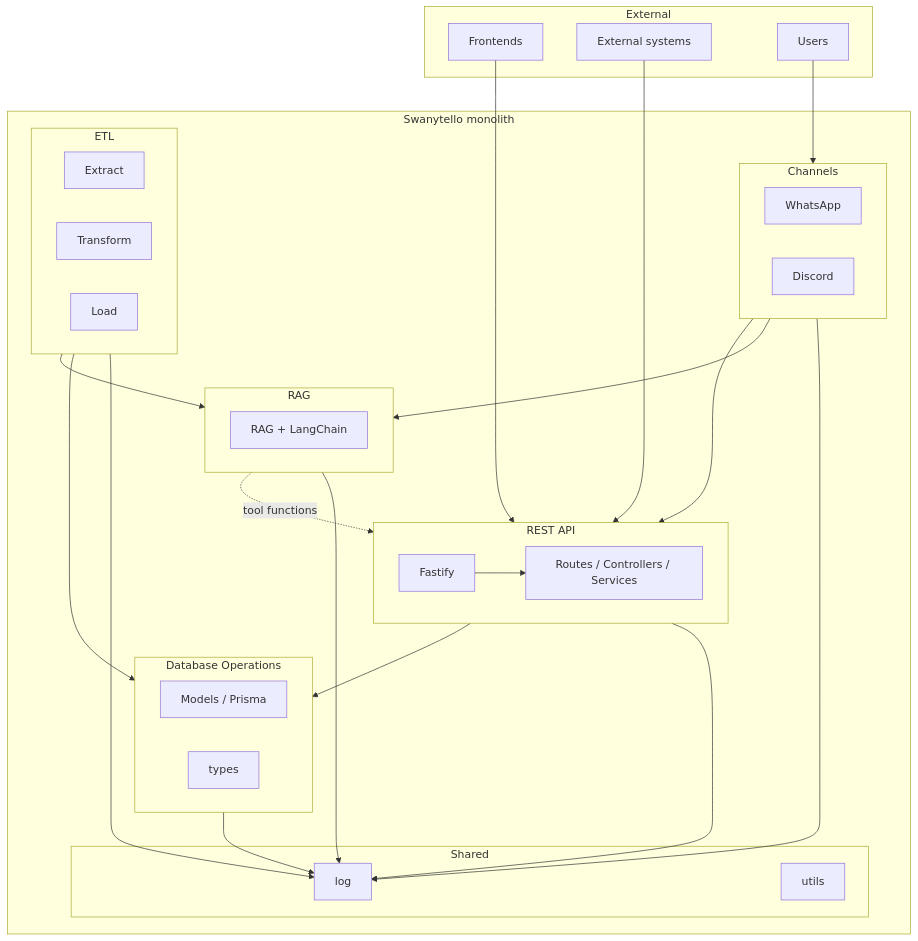
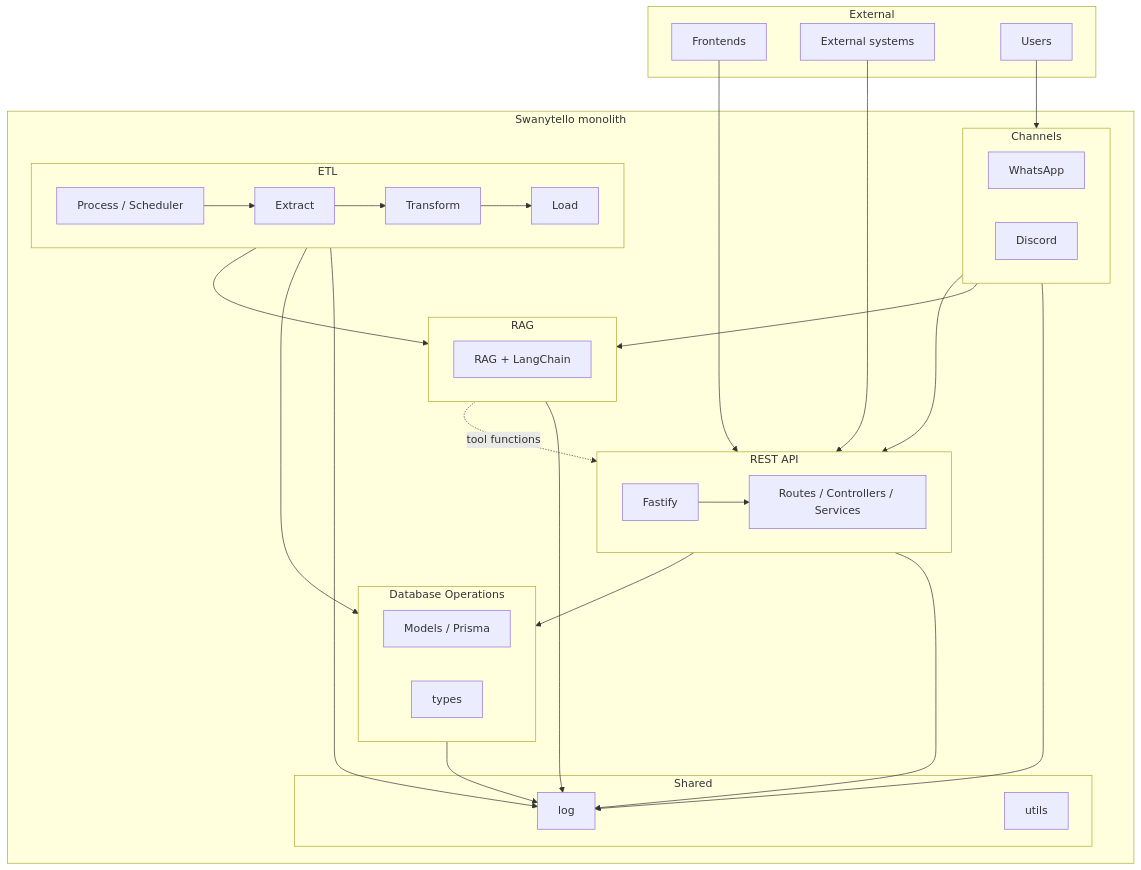
Before and after one commit to sorocode-comunidade/swanytello: the first of 6 diagrams in docs/project_structure/project-structure.md, drawn with Mermaid. The commit also changed other lines of this file and 24 other files, not shown here.

````diff
--- a/docs/project_structure/project-structure.md
+++ b/docs/project_structure/project-structure.md
@@ -13,57 +13,60 @@
 ```mermaid
 flowchart TB
   subgraph external [External]
     Frontends[Frontends]
     Systems[External systems]
     Users[Users]
   end
 
   subgraph monolith [Swanytello monolith]
     subgraph api [REST API]
       Fastify[Fastify]
       Routes[Routes / Controllers / Services]
       Fastify --> Routes
     end
 
     subgraph rag [RAG]
       RAGLogic[RAG + LangChain]
     end
 
     subgraph channels [Channels]
       WhatsApp[WhatsApp]
       Discord[Discord]
     end
 
     subgraph etl [ETL]
       Extract[Extract]
       Transform[Transform]
       Load[Load]
+      Process[Process / Scheduler]
+      Extract --> Transform --> Load
+      Process --> Extract
     end
 
     subgraph db_ops [Database Operations]
       Models[Models / Prisma]
       Types[Types / Schemas]
     end
 
     subgraph shared [Shared]
       Log[log]
       Types[types]
       Utils[utils]
     end
   end
 
   Frontends --> api
   Systems --> api
   Users --> channels
   channels --> api
   channels --> rag
   etl --> rag
   api --> db_ops
   etl --> db_ops
   rag -.->|tool functions| api
   api --> Log
   rag --> Log
   channels --> Log
   etl --> Log
   db_ops --> Log
 ```
````
